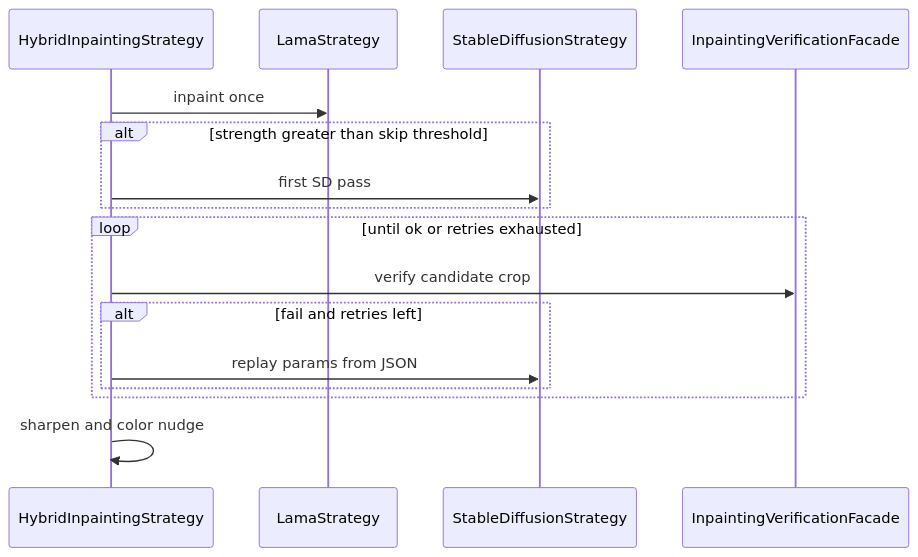
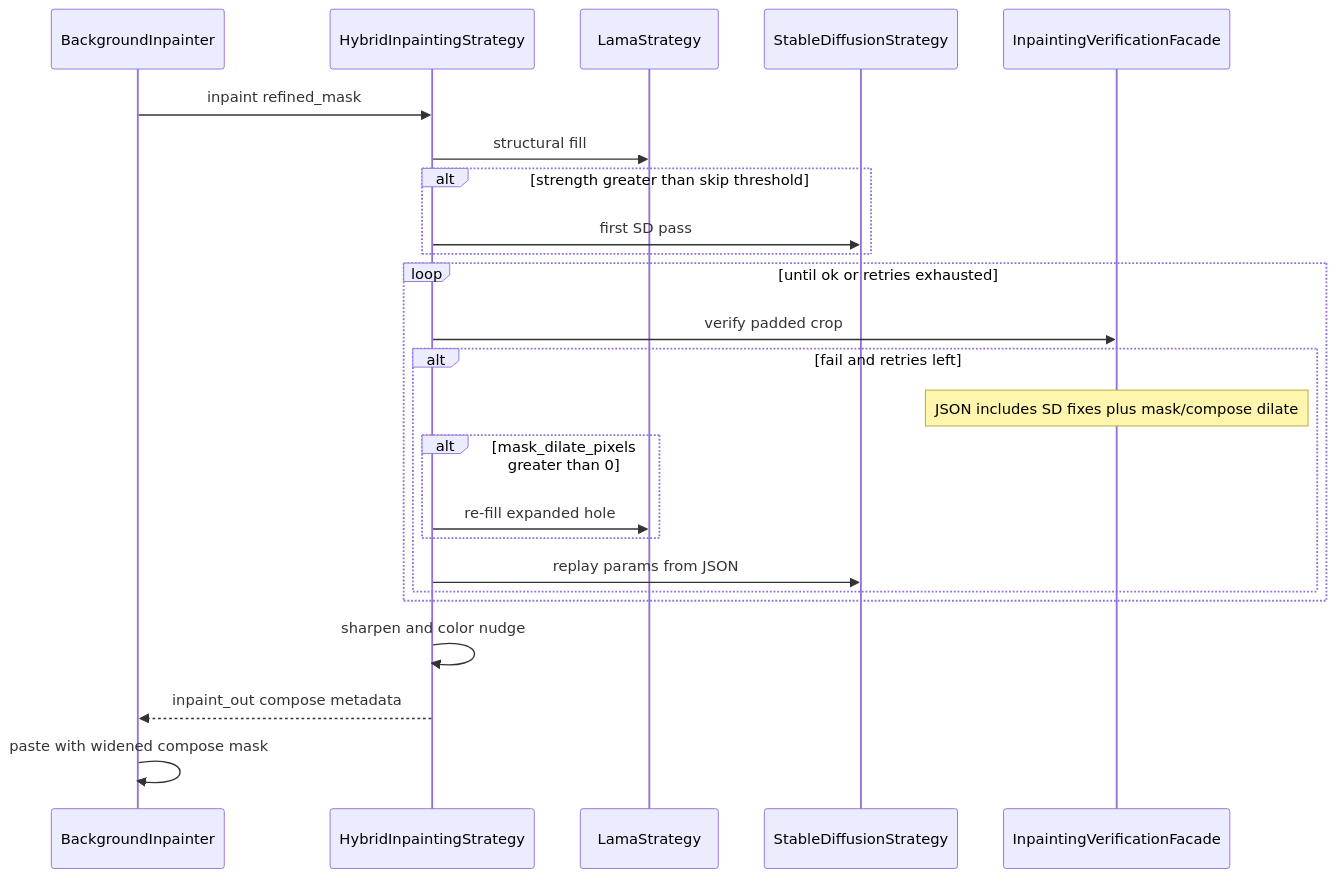
The diagram in docs/ai-pipeline/ai-engines/inpainting-verification/flow.md (1mache/avroom), drawn with Mermaid before and after one commit. The commit also changed other lines of this file and 25 other files, not shown here.

First line of the commit message:
Implement mask dilation and verification enhancements in Hybrid Inpainting Strategy

````diff
--- a/docs/ai-pipeline/ai-engines/inpainting-verification/flow.md
+++ b/docs/ai-pipeline/ai-engines/inpainting-verification/flow.md
@@ -3,19 +3,27 @@
 ```mermaid
 sequenceDiagram
+    participant BG as BackgroundInpainter
     participant Hybrid as HybridInpaintingStrategy
     participant Lama as LamaStrategy
     participant SD as StableDiffusionStrategy
     participant Verifier as InpaintingVerificationFacade
 
-    Hybrid->>Lama: inpaint once
+    BG->>Hybrid: inpaint refined_mask
+    Hybrid->>Lama: structural fill
     alt strength greater than skip threshold
         Hybrid->>SD: first SD pass
     end
     loop until ok or retries exhausted
-        Hybrid->>Verifier: verify candidate crop
+        Hybrid->>Verifier: verify padded crop
         alt fail and retries left
+            Note over Verifier: JSON includes SD fixes plus mask/compose dilate
+            alt mask_dilate_pixels greater than 0
+                Hybrid->>Lama: re-fill expanded hole
+            end
             Hybrid->>SD: replay params from JSON
         end
     end
     Hybrid->>Hybrid: sharpen and color nudge
+    Hybrid-->>BG: inpaint_out compose metadata
+    BG->>BG: paste with widened compose mask
 ```
````
